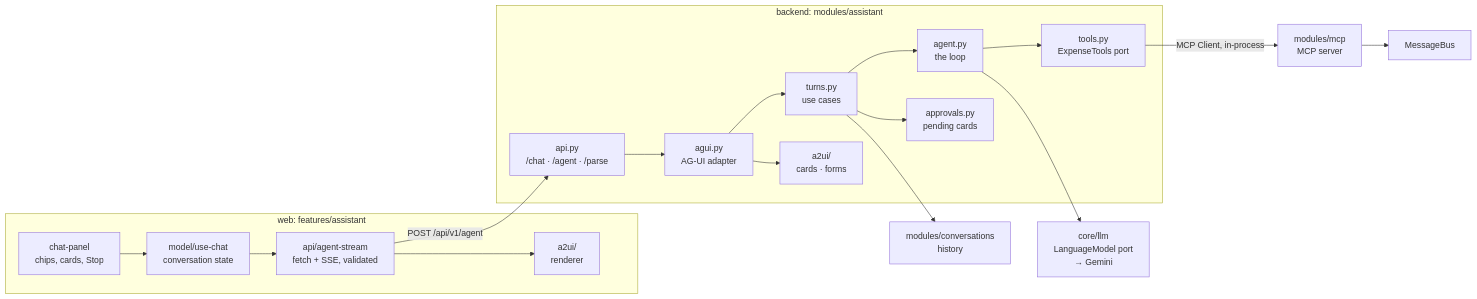
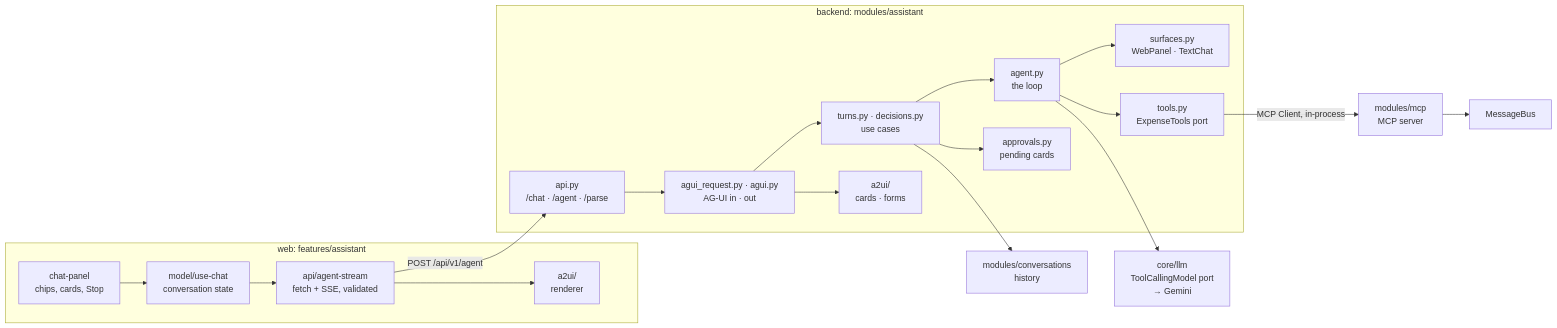
Before and after one commit to sanjeevgnrgy/spendwise: the first of 4 diagrams in docs/assistant_architecture.md, drawn with Mermaid. The commit also changed other lines of this file and 15 other files, not shown here.

````diff
--- a/docs/assistant_architecture.md
+++ b/docs/assistant_architecture.md
@@ -9,33 +9,35 @@
 ```mermaid
 flowchart LR
     subgraph Web ["web: features/assistant"]
         PANEL["chat-panel<br/>chips, cards, Stop"]
         CHAT["model/use-chat<br/>conversation state"]
         STREAM["api/agent-stream<br/>fetch + SSE, validated"]
         RENDER["a2ui/<br/>renderer"]
     end
 
     subgraph Assistant ["backend: modules/assistant"]
         API["api.py<br/>/chat · /agent · /parse"]
-        AGUI["agui.py<br/>AG-UI adapter"]
-        TURNS["turns.py<br/>use cases"]
+        AGUI["agui_request.py · agui.py<br/>AG-UI in · out"]
+        TURNS["turns.py · decisions.py<br/>use cases"]
         AGENT["agent.py<br/>the loop"]
+        SURF["surfaces.py<br/>WebPanel · TextChat"]
         TOOLS["tools.py<br/>ExpenseTools port"]
         APPROVALS["approvals.py<br/>pending cards"]
         A2UI["a2ui/<br/>cards · forms"]
     end
 
-    LLM["core/llm<br/>LanguageModel port<br/>→ Gemini"]
+    LLM["core/llm<br/>ToolCallingModel port<br/>→ Gemini"]
     MCPS["modules/mcp<br/>MCP server"]
     CONV["modules/conversations<br/>history"]
     BUS["MessageBus"]
 
     PANEL --> CHAT --> STREAM -->|"POST /api/v1/agent"| API
     API --> AGUI --> TURNS --> AGENT
+    AGENT --> SURF
     AGENT --> LLM
     AGENT --> TOOLS -->|"MCP Client, in-process"| MCPS --> BUS
     TURNS --> CONV
     TURNS --> APPROVALS
     AGUI --> A2UI
     STREAM --> RENDER
 ```
````
